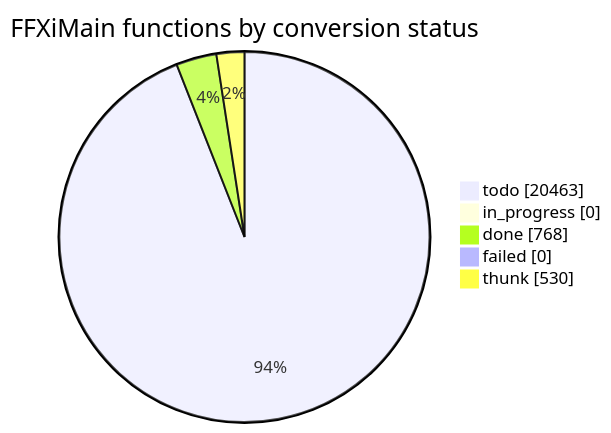
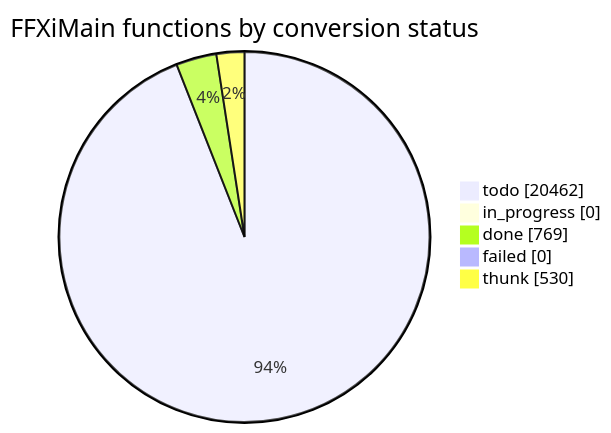
Before and after one commit to cowrevenge/cow_kuluu_xi_anything: the diagram in docs/cow/STATUS.md, drawn with Mermaid. The commit also changed other lines of this file and 9 other files, not shown here.

````diff
--- a/docs/cow/STATUS.md
+++ b/docs/cow/STATUS.md
@@ -18,9 +18,9 @@
 ```mermaid
 pie showData
     title FFXiMain functions by conversion status
-    "todo" : 20463
+    "todo" : 20462
     "in_progress" : 0
-    "done" : 768
+    "done" : 769
     "failed" : 0
     "thunk" : 530
 ```
````
